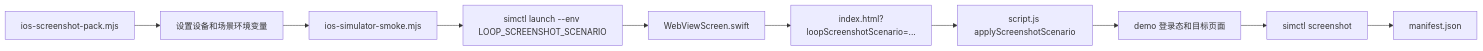
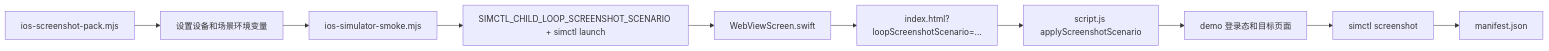
Before and after one commit to verarun33/loop-city-prototype: the diagram in docs/superpowers/specs/2026-06-25-ios-post-login-screenshots-design.md, drawn with Mermaid. The commit also changed other lines of this file, not shown here.

Commit message:
修正 iOS 截图场景环境变量设计

````diff
--- a/docs/superpowers/specs/2026-06-25-ios-post-login-screenshots-design.md
+++ b/docs/superpowers/specs/2026-06-25-ios-post-login-screenshots-design.md
@@ -176,12 +176,12 @@
 ```mermaid
 flowchart LR
   A["ios-screenshot-pack.mjs"] --> B["设置设备和场景环境变量"]
   B --> C["ios-simulator-smoke.mjs"]
-  C --> D["simctl launch --env LOOP_SCREENSHOT_SCENARIO"]
+  C --> D["SIMCTL_CHILD_LOOP_SCREENSHOT_SCENARIO + simctl launch"]
   D --> E["WebViewScreen.swift"]
   E --> F["index.html?loopScreenshotScenario=..."]
   F --> G["script.js applyScreenshotScenario"]
   G --> H["demo 登录态和目标页面"]
   H --> I["simctl screenshot"]
   I --> J["manifest.json"]
 ```
````
